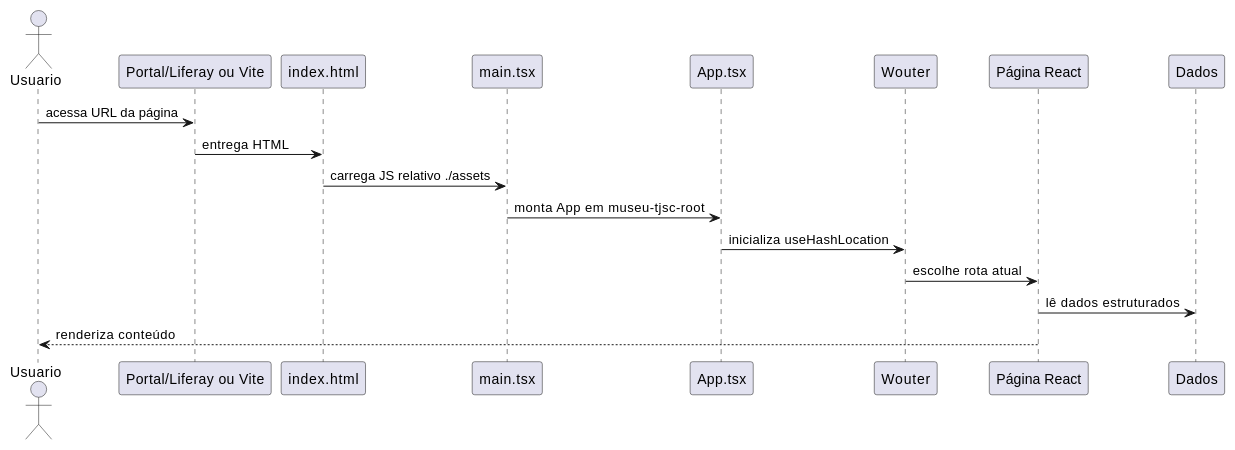
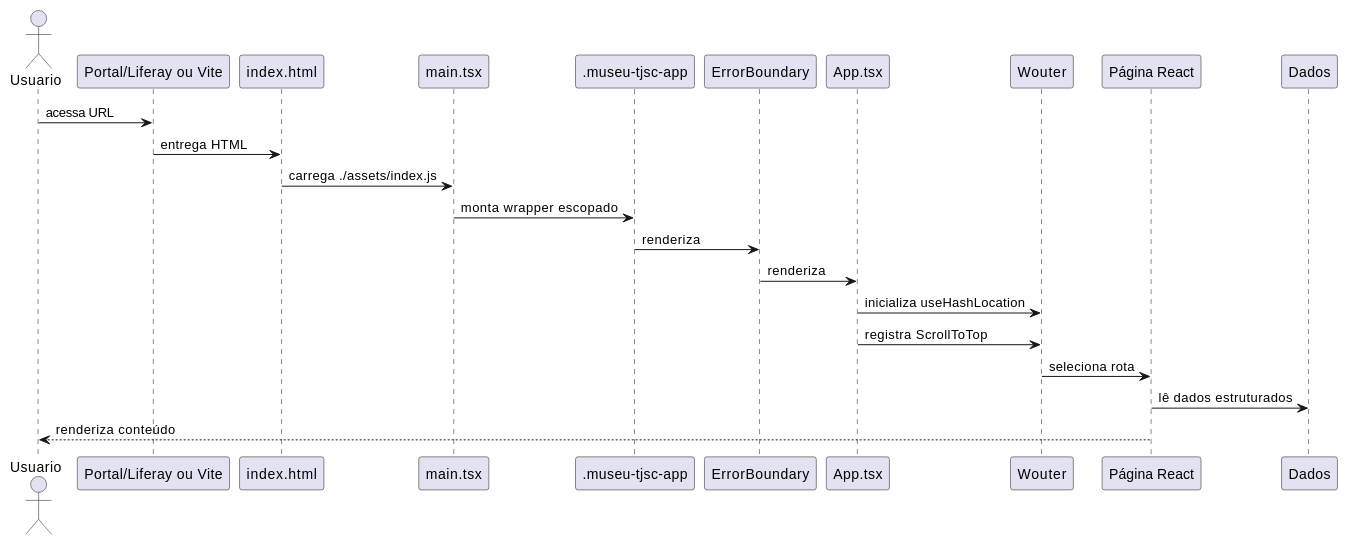
The fifth of 13 diagrams in docs/arquitetura-uml.md (guilhermespamplona-prog/museu-tjsc), drawn with PlantUML before and after one commit. The commit also changed other lines of this file and 80 other files, not shown here.

````diff
--- a/docs/arquitetura-uml.md
+++ b/docs/arquitetura-uml.md
@@ -623,22 +586,26 @@
 ```plantuml
 @startuml
 actor Usuario
 participant "Portal/Liferay ou Vite" as Host
 participant "index.html" as Html
 participant "main.tsx" as Main
+participant ".museu-tjsc-app" as Scope
+participant "ErrorBoundary" as Boundary
 participant "App.tsx" as App
 participant "Wouter" as Router
 participant "Página React" as Page
 participant "Dados" as Data
 
-Usuario -> Host : acessa URL da página
+Usuario -> Host : acessa URL
 Host -> Html : entrega HTML
-Html -> Main : carrega JS relativo ./assets
-Main -> App : monta App em museu-tjsc-root
+Html -> Main : carrega ./assets/index.js
+Main -> Scope : monta wrapper escopado
+Scope -> Boundary : renderiza
+Boundary -> App : renderiza
 App -> Router : inicializa useHashLocation
-Router -> Page : escolhe rota atual
+App -> Router : registra ScrollToTop
+Router -> Page : seleciona rota
 Page -> Data : lê dados estruturados
 Page --> Usuario : renderiza conteúdo
-
 @enduml
 ```
````
